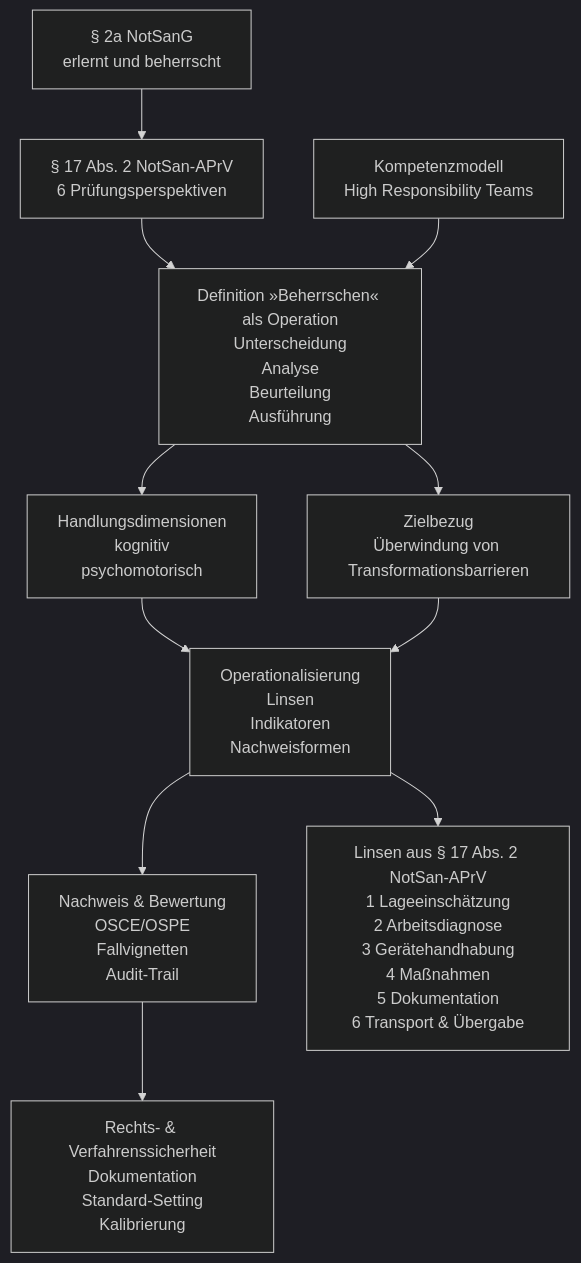
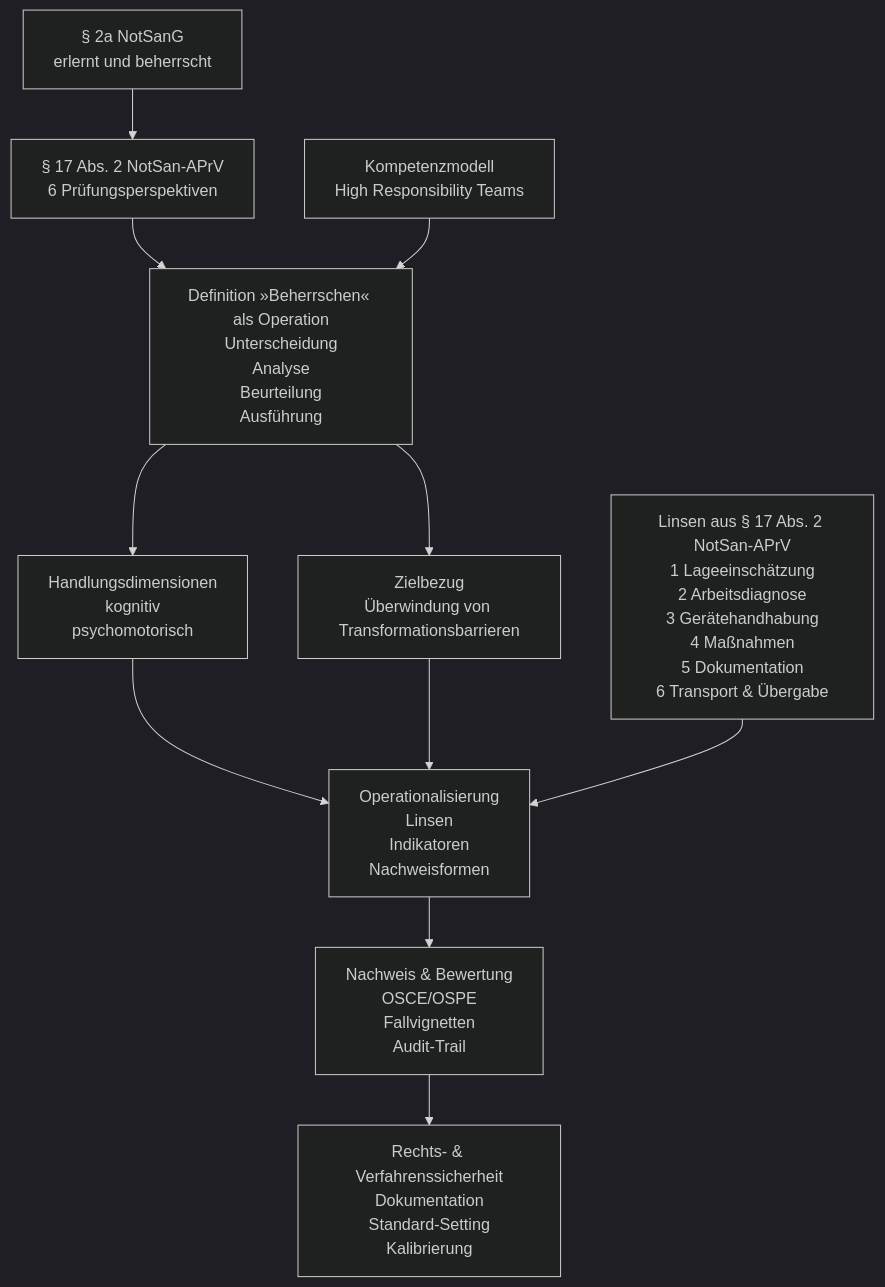
The diagram in Bildungswissenschaft/Beherrschen.md (jochen-hanisch/research), drawn with Mermaid (dark theme) before and after one commit. The commit also changed other lines of this file, not shown here.

Commit message:
Aktualisiere das Datum der letzten Änderung und korrigiere den Fluss im Diagramm zur systemtheoretischen Operationalisierung des Beherrschens in der Notfallsanitäter:innen-Ausbildung.

````diff
--- a/Bildungswissenschaft/Beherrschen.md
+++ b/Bildungswissenschaft/Beherrschen.md
@@ -95,39 +95,39 @@
 ```mermaid
 flowchart TD
     %% Quellenebene
     A["§ 2a NotSanG<br/>erlernt und beherrscht"] 
     B["§ 17 Abs. 2 NotSan-APrV<br/>6 Prüfungsperspektiven"] 
     C["Kompetenzmodell<br/>High Responsibility Teams"]
 
     %% Definition (Zentrum)
     D["Definition »Beherrschen« als Operation<br/>Unterscheidung<br/>Analyse<br/>Beurteilung<br/>Ausführung"]
 
     %% Handlungsdimensionen & Zielbezug
     H["Handlungsdimensionen<br/>kognitiv<br/>psychomotorisch"]
     I["Zielbezug<br/>Überwindung von Transformationsbarrieren"]
 
     %% Operationalisierung
     E["Operationalisierung<br/>Linsen<br/>Indikatoren<br/>Nachweisformen"]
 
     %% Nachweis & Bewertung
     F["Nachweis & Bewertung<br/>OSCE/OSPE<br/>Fallvignetten<br/>Audit-Trail"]
     G["Rechts- & Verfahrenssicherheit<br/>Dokumentation<br/>Standard-Setting<br/>Kalibrierung"]
 
     %% Flüsse
     A --> B
     B --> D
     C --> D
 
     D --> H
     D --> I
 
     H --> E
     I --> E
 
     E --> F
     F --> G
 
     %% Linsen-Knoten (statt Einzellinsen)
     Linsen["Linsen aus § 17 Abs. 2 NotSan-APrV<br/>1 Lageeinschätzung<br/>2 Arbeitsdiagnose<br/>3 Gerätehandhabung<br/>4 Maßnahmen<br/>5 Dokumentation<br/>6 Transport & Übergabe"]
-    E --> Linsen
+    Linsen --> E
 ```
````
